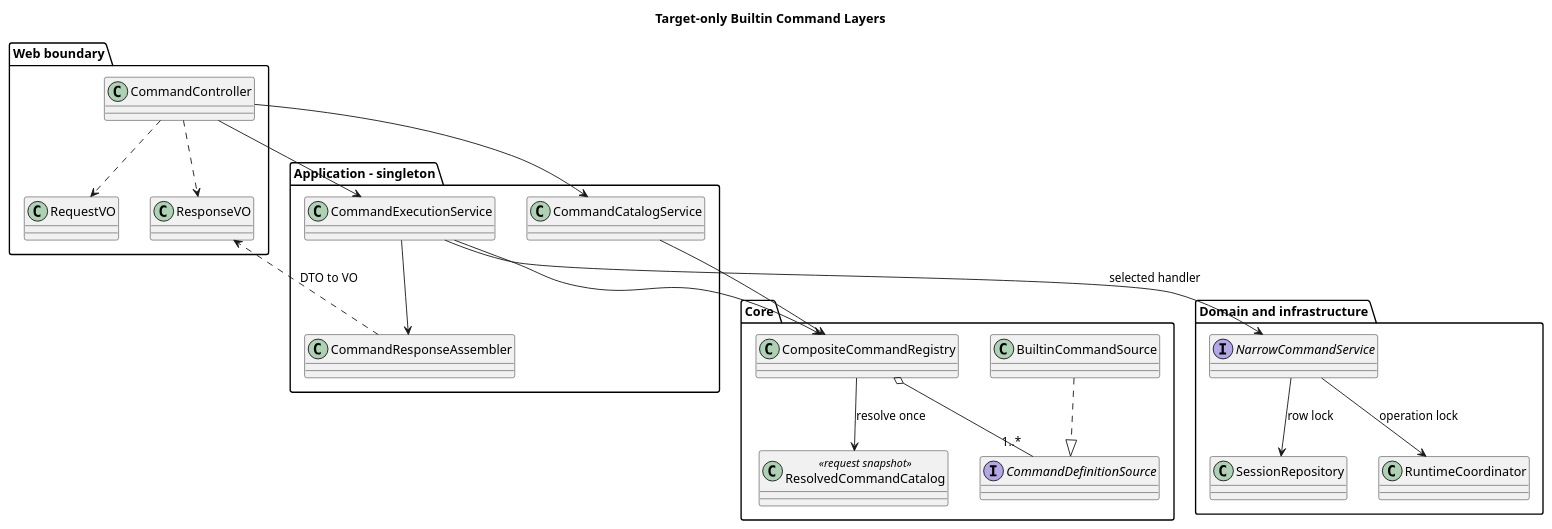
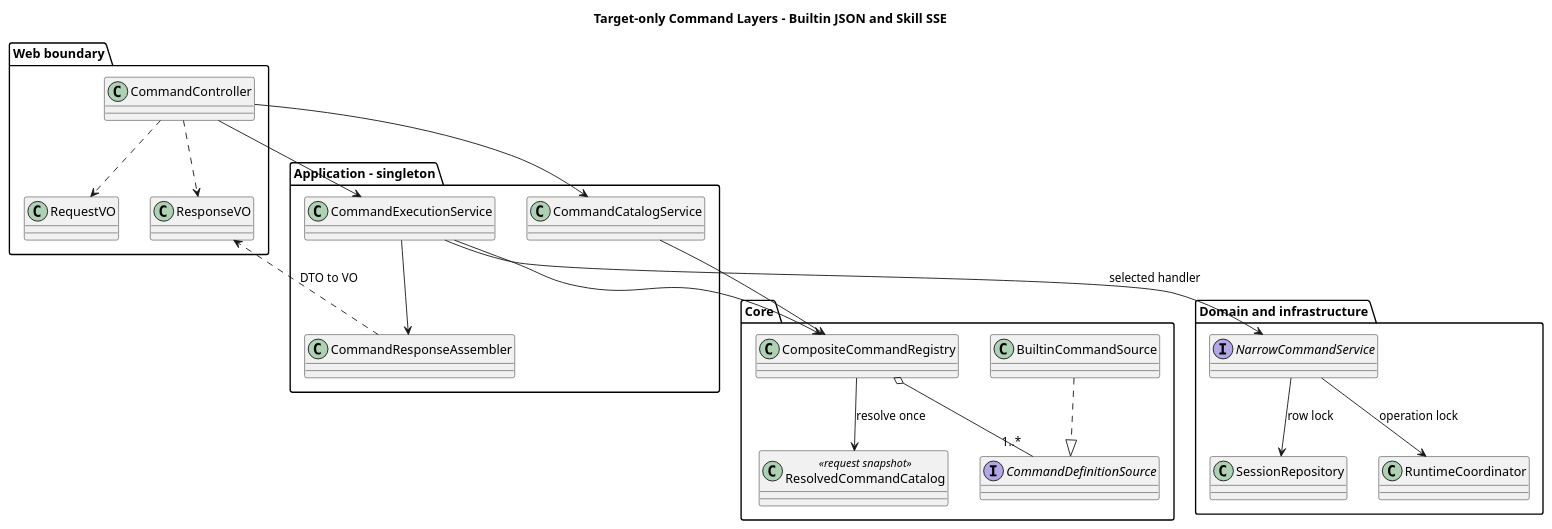
One commit to ssm0808/pi-mono-java-design changed the first of 4 diagrams in 04-命令与技能/00-Slash-Command通用模块/设计图/diagram.puml. Above: the diagram before and after it, drawn with PlantUML. The commit also changed other lines of this file and 52 other files, not shown here.

```diff
--- a/04-命令与技能/00-Slash-Command通用模块/设计图/diagram.puml
+++ b/04-命令与技能/00-Slash-Command通用模块/设计图/diagram.puml
@@ -1,41 +1,41 @@
 @startuml target_slash_command_boundaries
-title Target-only Builtin Command Layers
+title Target-only Command Layers - Builtin JSON and Skill SSE
 ' Source evidence: pi-mono-java@0bb794f2 modules/coding-agent-cli/src/main/java/com/campusclaw/codingagent/runtimeapi/command/CompositeCommandRegistry.java resolve.
 ' Architecture change: JSON command execution uses narrow services and no generic lifecycle store.
 skinparam shadowing false
 package "Web boundary" {
   class CommandController
   class RequestVO
   class ResponseVO
 }
 package "Application - singleton" {
   class CommandCatalogService
   class CommandExecutionService
   class CommandResponseAssembler
 }
 package "Core" {
   interface CommandDefinitionSource
   class BuiltinCommandSource
   class CompositeCommandRegistry
   class ResolvedCommandCatalog <<request snapshot>>
 }
 package "Domain and infrastructure" {
   interface NarrowCommandService
   class SessionRepository
   class RuntimeCoordinator
 }
 CommandController --> CommandCatalogService
 CommandController --> CommandExecutionService
 CommandController ..> RequestVO
 CommandController ..> ResponseVO
 CommandExecutionService --> CommandResponseAssembler
 CommandCatalogService --> CompositeCommandRegistry
 CommandExecutionService --> CompositeCommandRegistry
 CompositeCommandRegistry o-- "1..*" CommandDefinitionSource
 BuiltinCommandSource ..|> CommandDefinitionSource
 CompositeCommandRegistry --> ResolvedCommandCatalog : resolve once
 CommandExecutionService --> NarrowCommandService : selected handler
 NarrowCommandService --> SessionRepository : row lock
 NarrowCommandService --> RuntimeCoordinator : operation lock
 CommandResponseAssembler ..> ResponseVO : DTO to VO
 @enduml
```
